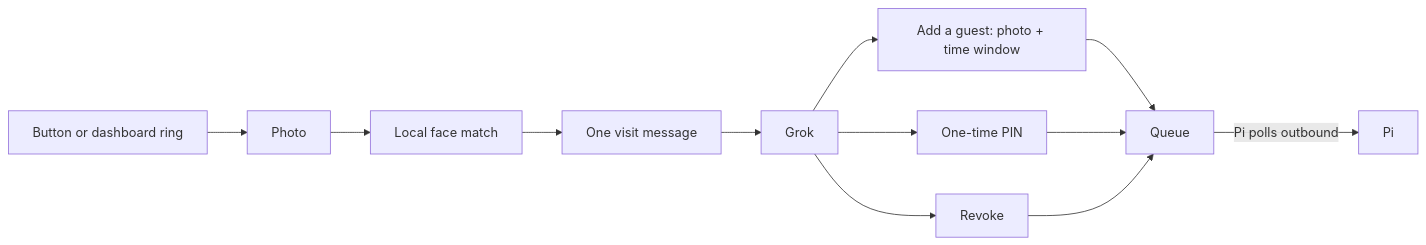
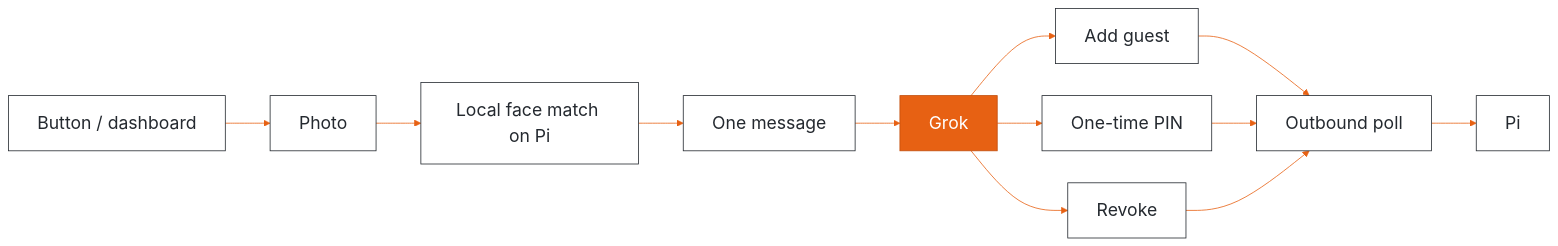
One commit to kaku-san/RingPi changed the diagram in assets/flow.mmd. Above: the diagram before and after it, drawn with Mermaid. The commit also changed 6 other files, not shown here.

First line of the commit message:
Redraw the ring flow and list hardware to connect next.

```diff
--- a/assets/flow.mmd
+++ b/assets/flow.mmd
@@ -1,12 +1,15 @@
+%%{init: {"theme":"base","themeVariables":{"fontSize":"22px","fontFamily":"arial, sans-serif","primaryColor":"#ffffff","primaryTextColor":"#24292f","primaryBorderColor":"#24292f","lineColor":"#e76113","background":"transparent"},"flowchart":{"nodeSpacing":40,"rankSpacing":56,"padding":18,"htmlLabels":false,"curve":"basis"}}}%%
 flowchart LR
-  ring["Button or dashboard ring"] --> photo[Photo]
-  photo --> match["Local face match"]
-  match --> visit["One visit message"]
-  visit --> grok[Grok]
-  grok --> guest["Add a guest: photo + time window"]
+  btn["Button / dashboard"] --> photo[Photo]
+  photo --> match["Local face match on Pi"]
+  match --> msg["One message"]
+  msg --> grok[Grok]
+  grok --> guest["Add guest"]
   grok --> pin["One-time PIN"]
   grok --> revoke[Revoke]
-  guest --> queue[Queue]
-  pin --> queue
-  revoke --> queue
-  queue -->|"Pi polls outbound"| pi[Pi]
+  guest --> poll["Outbound poll"]
+  pin --> poll
+  revoke --> poll
+  poll --> pi[Pi]
+  classDef accent fill:#e76113,stroke:#c24e0c,color:#ffffff
+  class grok accent
```
